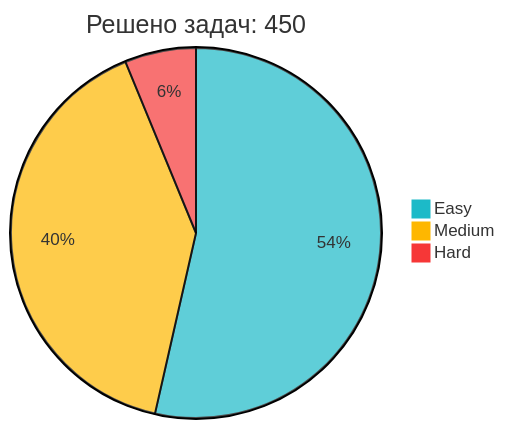
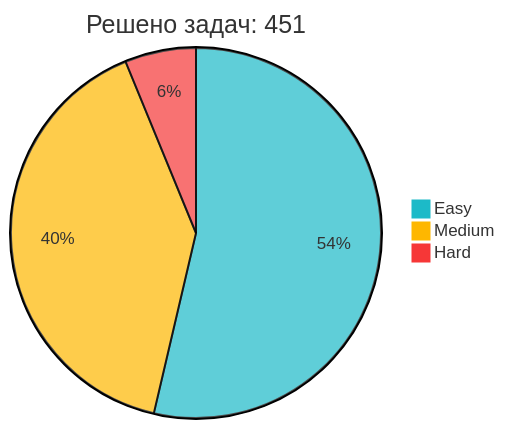
The diagram in README.md (IliaKurdukov/IliaKurdukov), drawn with Mermaid before and after one commit. The commit also changed other lines of this file, not shown here.

Commit message:
📈 Обновление статистики LeetCode

````diff
--- a/README.md
+++ b/README.md
@@ -51,7 +51,7 @@
 ```mermaid
 %%{init: {'theme': 'base', 'themeVariables': { 'pie1': '#1CBAC8', 'pie2': '#FEB700', 'pie3': '#F63737' }, 'config': {'width': 300, 'height': 200}}}%%
-pie title Решено задач: 450
-   "Easy" : 241
+pie title Решено задач: 451
+   "Easy" : 242
    "Medium" : 181
    "Hard" : 28
 ```
````
